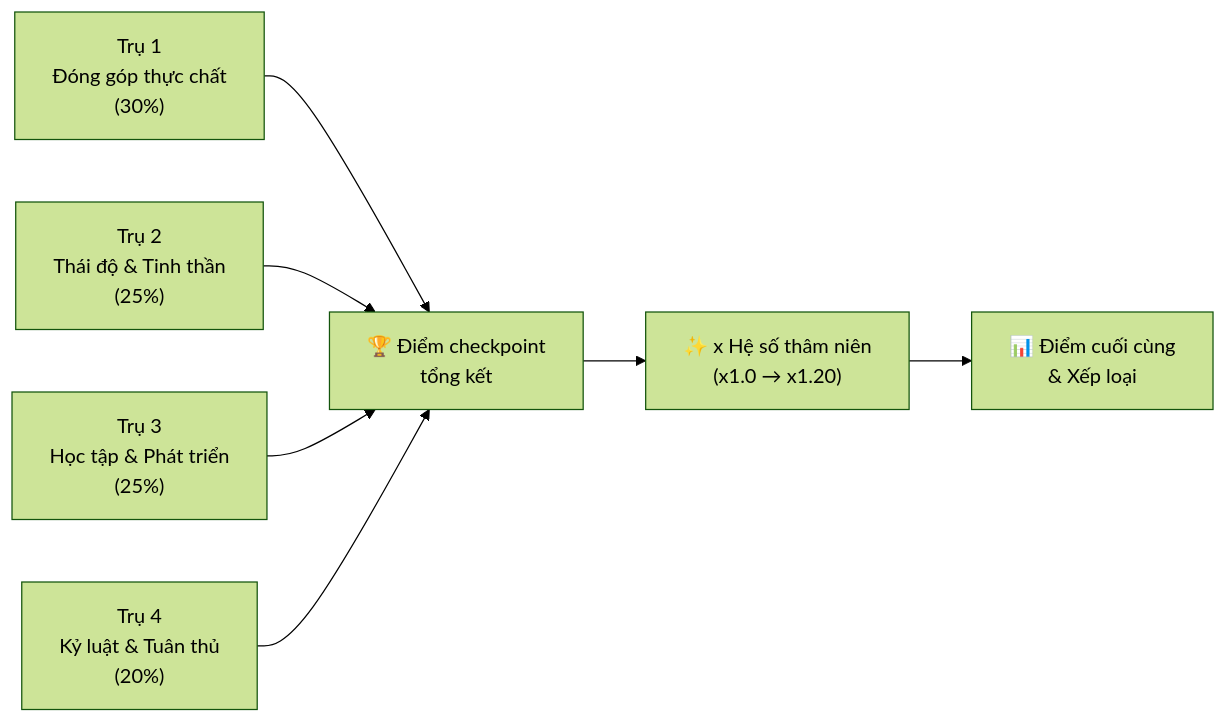
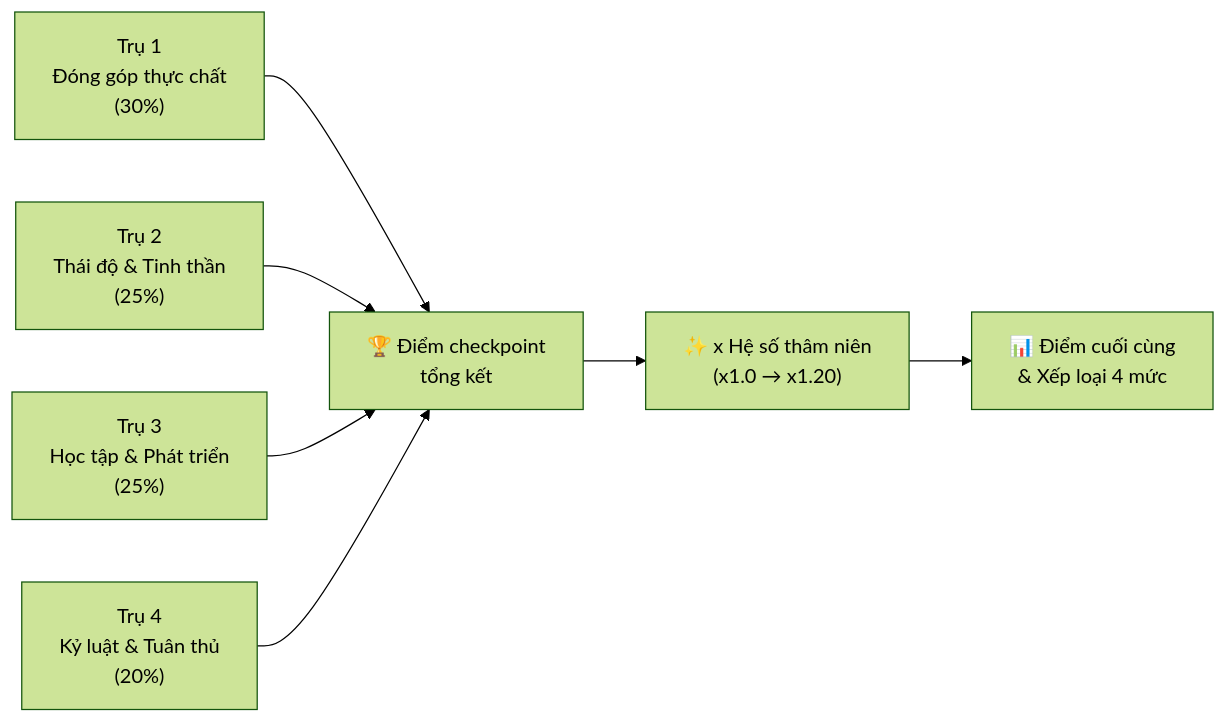
One commit to hunghx/aaa changed the first of 2 diagrams in bo_tieu_chi_checkpoint.md. Above: the diagram before and after it, drawn with Mermaid (forest theme). The commit also changed other lines of this file, not shown here.

````diff
--- a/bo_tieu_chi_checkpoint.md
+++ b/bo_tieu_chi_checkpoint.md
@@ -10,10 +12,10 @@
 ```mermaid
 flowchart LR
     A["🏆 Điểm checkpoint\ntổng kết"] 
     B["Trụ 1\nĐóng góp thực chất\n(30%)"] --> A
     C["Trụ 2\nThái độ & Tinh thần\n(25%)"] --> A
     D["Trụ 3\nHọc tập & Phát triển\n(25%)"] --> A
     E["Trụ 4\nKỷ luật & Tuân thủ\n(20%)"] --> A
     A --> F["✨ x Hệ số thâm niên\n(x1.0 → x1.20)"]
-    F --> G["📊 Điểm cuối cùng\n& Xếp loại"]
+    F --> G["📊 Điểm cuối cùng\n& Xếp loại 4 mức"]
 ```
````
